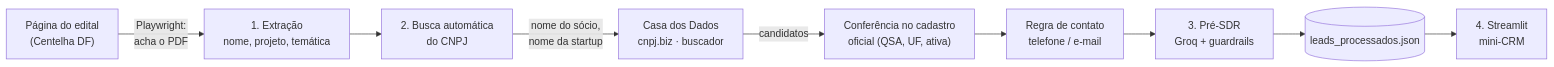
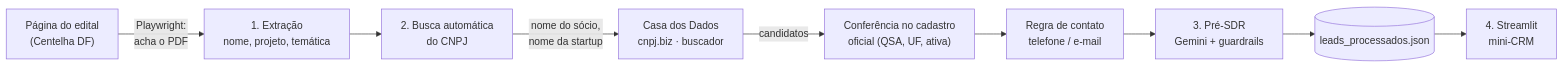
Before and after one commit to dirproj/lead-qualifier-poc-EngNet-e-v360: the diagram in README.md, drawn with Mermaid. The commit also changed other lines of this file, not shown here.

First line of the commit message:
docs: README alinhado ao Gemini, aos novos comandos e às regras de LGPD

````diff
--- a/README.md
+++ b/README.md
@@ -29,11 +29,11 @@
 ```mermaid
 flowchart LR
     A["Página do edital<br/>(Centelha DF)"] -->|"Playwright:<br/>acha o PDF"| B["1. Extração<br/>nome, projeto, temática"]
     B --> C["2. Busca automática<br/>do CNPJ"]
     C -->|"nome do sócio,<br/>nome da startup"| D["Casa dos Dados<br/>cnpj.biz · buscador"]
     D -->|"candidatos"| E["Conferência no cadastro<br/>oficial (QSA, UF, ativa)"]
     E --> F["Regra de contato<br/>telefone / e-mail"]
-    F --> G["3. Pré-SDR<br/>Groq + guardrails"]
+    F --> G["3. Pré-SDR<br/>Gemini + guardrails"]
     G --> H[("leads_processados.json")]
     H --> I["4. Streamlit<br/>mini-CRM"]
 ```
````
